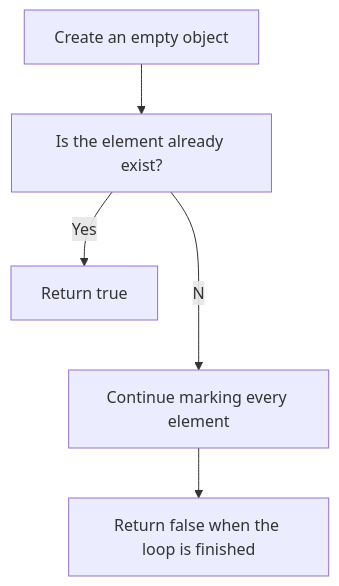
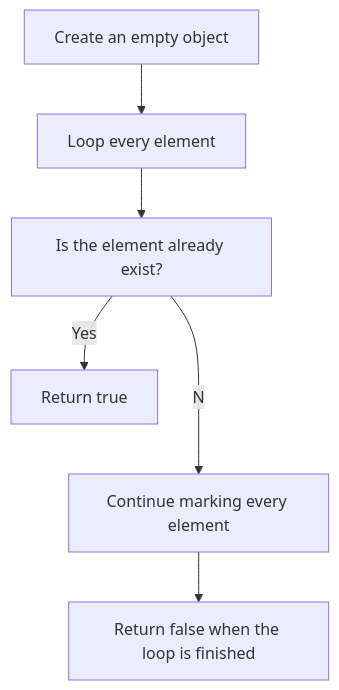
One commit to damarbm30/competitive-programming changed the diagram in Warmup/Contains Duplicate/README.md. Above: the diagram before and after it, drawn with Mermaid.

````diff
--- a/Warmup/Contains Duplicate/README.md
+++ b/Warmup/Contains Duplicate/README.md
@@ -9,7 +9,8 @@
 ```mermaid
 graph TD;
     A[Create an empty object]-->B[Loop every element];
-    B[Is the element already exist?]--Yes-->C[Return true];
-    B[Is the element already exist?]--No-->D[Continue marking every element];
-    D-->E[Return false when the loop is finished];
+    B[Loop every element]-->C[Is the element already exist?];
+    C[Is the element already exist?]--Yes-->D[Return true];
+    C[Is the element already exist?]--No-->E[Continue marking every element];
+    E-->F[Return false when the loop is finished];
 ```
````
